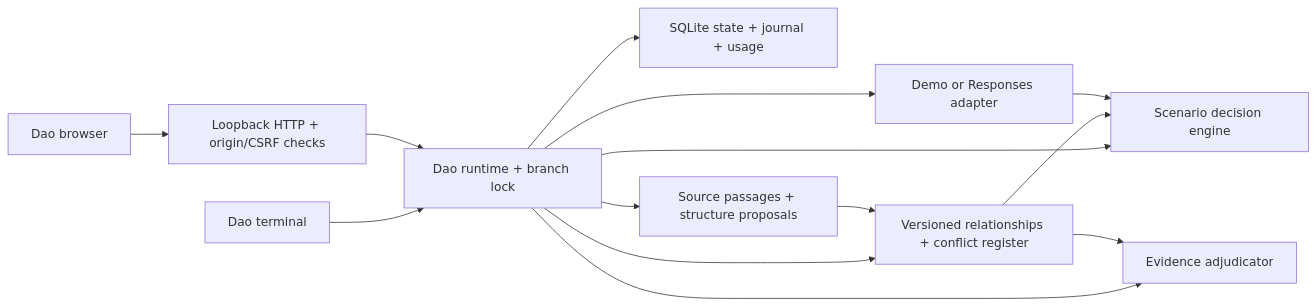
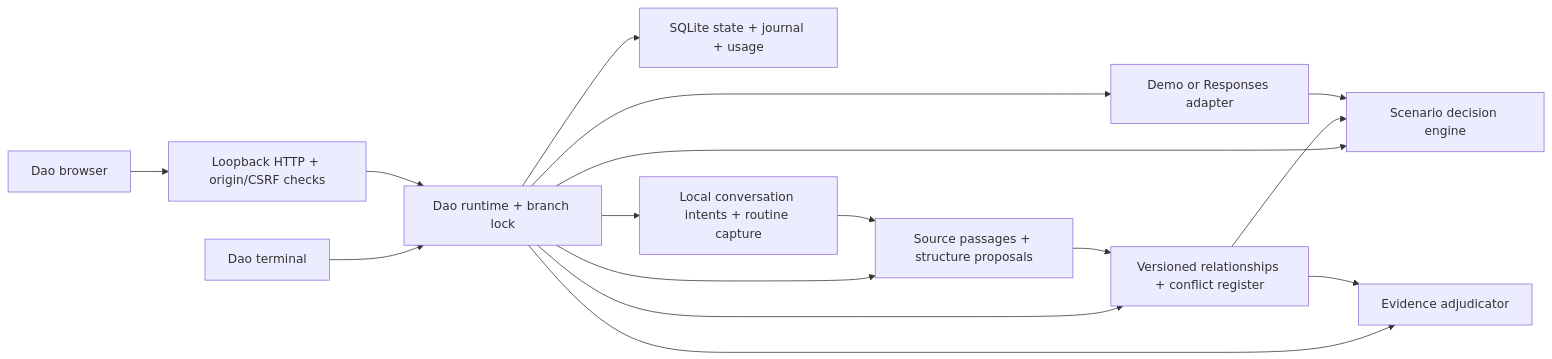
Before and after one commit to Virgo-3/Dao: the diagram in docs/architecture.md, drawn with Mermaid. The commit also changed other lines of this file and 23 other files, not shown here.

````diff
--- a/docs/architecture.md
+++ b/docs/architecture.md
@@ -5,16 +5,18 @@
 ```mermaid
 flowchart LR
     UI[Dao browser] --> HTTP[Loopback HTTP + origin/CSRF checks]
     Terminal[Dao terminal] --> Runtime
     HTTP --> Runtime[Dao runtime + branch lock]
     Runtime --> Store[SQLite state + journal + usage]
     Runtime --> Decision[Scenario decision engine]
     Runtime --> Audit[Evidence adjudicator]
     Runtime --> Relationships[Versioned relationships + conflict register]
     Runtime --> Structure[Source passages + structure proposals]
+    Runtime --> Conversation[Local conversation intents + routine capture]
+    Conversation --> Structure
     Structure --> Relationships
     Relationships --> Decision
     Relationships --> Audit
     Runtime --> Provider[Demo or Responses adapter]
     Provider --> Decision
 ```
````
